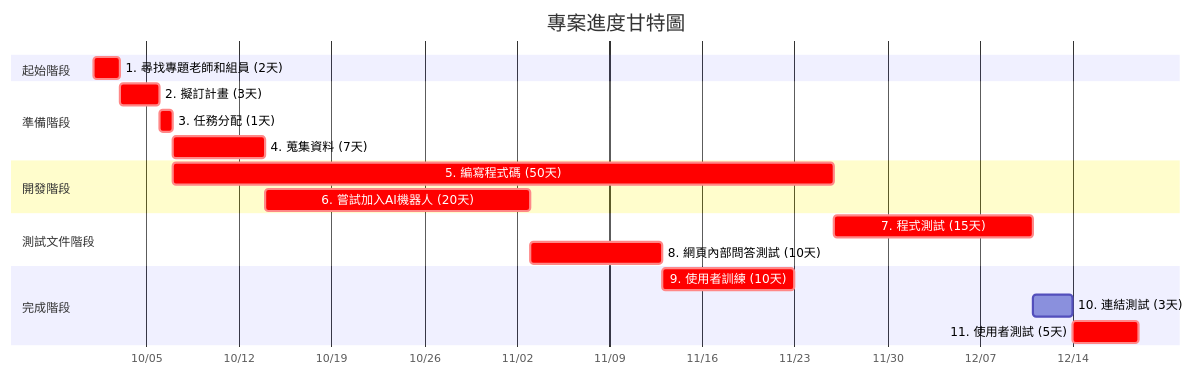
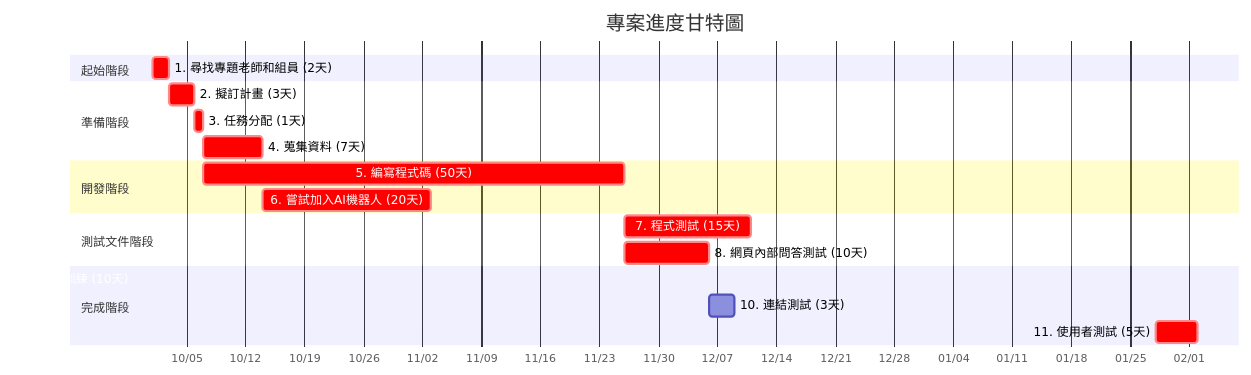
Before and after one commit to c112118202-droid/-: the second of 2 diagrams in hw2.md, drawn with Mermaid.

````diff
--- a/hw2.md
+++ b/hw2.md
@@ -29,27 +29,27 @@
 ```mermaid
 gantt
     title 專案進度甘特圖
     dateFormat YYYY-MM-DD
     axisFormat %m/%d
     
     section 起始階段
     1. 尋找專題老師和組員 (2天)     :crit, m1, 2025-10-01, 2d
     
     section 準備階段
     2. 擬訂計畫 (3天)     :crit, m2, after m1, 3d
     3. 任務分配 (1天)    :crit, m3, after m2, 1d
     4. 蒐集資料 (7天)    :crit, m4, after m3, 7d
 
     section 開發階段
     5. 編寫程式碼 (50天)    :crit, m5, after m3, 50d
     6. 嘗試加入AI機器人 (20天)    :crit, m6, after m4, 20d
     
     section 測試文件階段
     7. 程式測試 (15天)    :crit, m7, after m5, 15d
-    8. 網頁內部問答測試 (10天) :crit, m8, after m6, 10d
+    8. 網頁內部問答測試 (10天) :crit, m7, after m5, 10d
         
     section 完成階段
-    9. 使用者訓練 (10天)    :crit, m9, after m8, 10d
-    10. 連結測試 (3天)  :m10, after m7 m8, 3d
-    11. 使用者測試 (5天)  :crit, m11, after m9 m10, 5d
+    9. 使用者訓練 (10天)    :crit, m8, after m8, 10d
+    10. 連結測試 (3天)  :m9, after m7 m8, 3d
+    11. 使用者測試 (5天)  :crit, m10, after m9 m10, 5d
 ```
````
